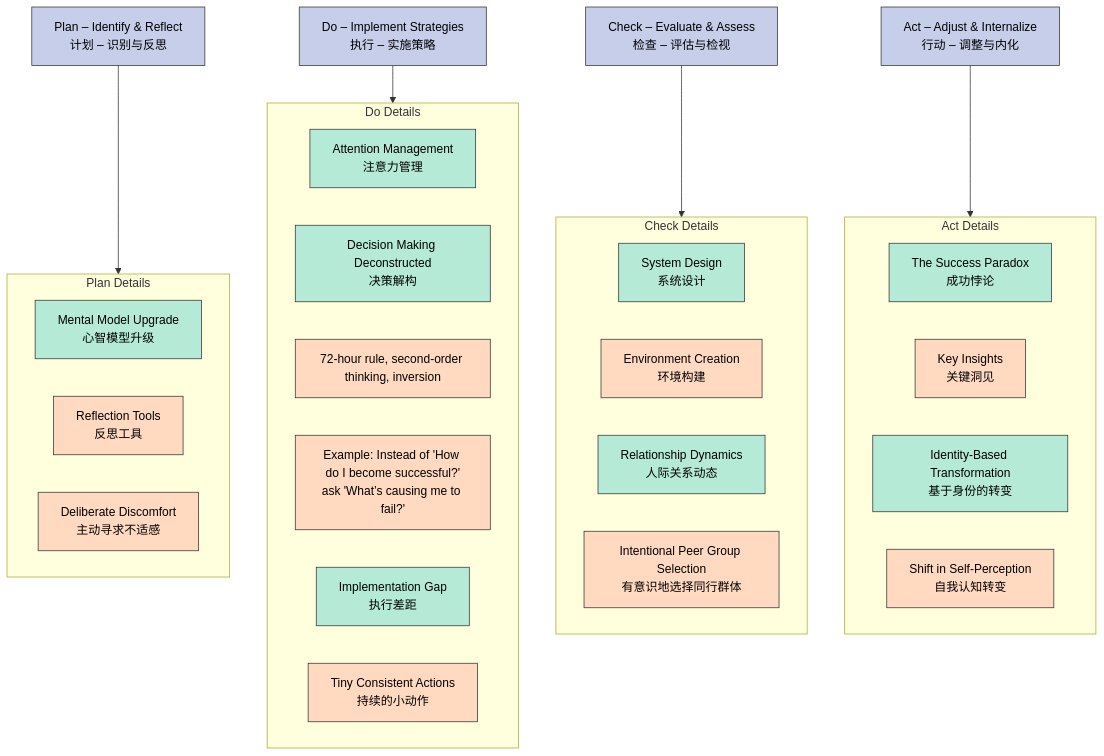
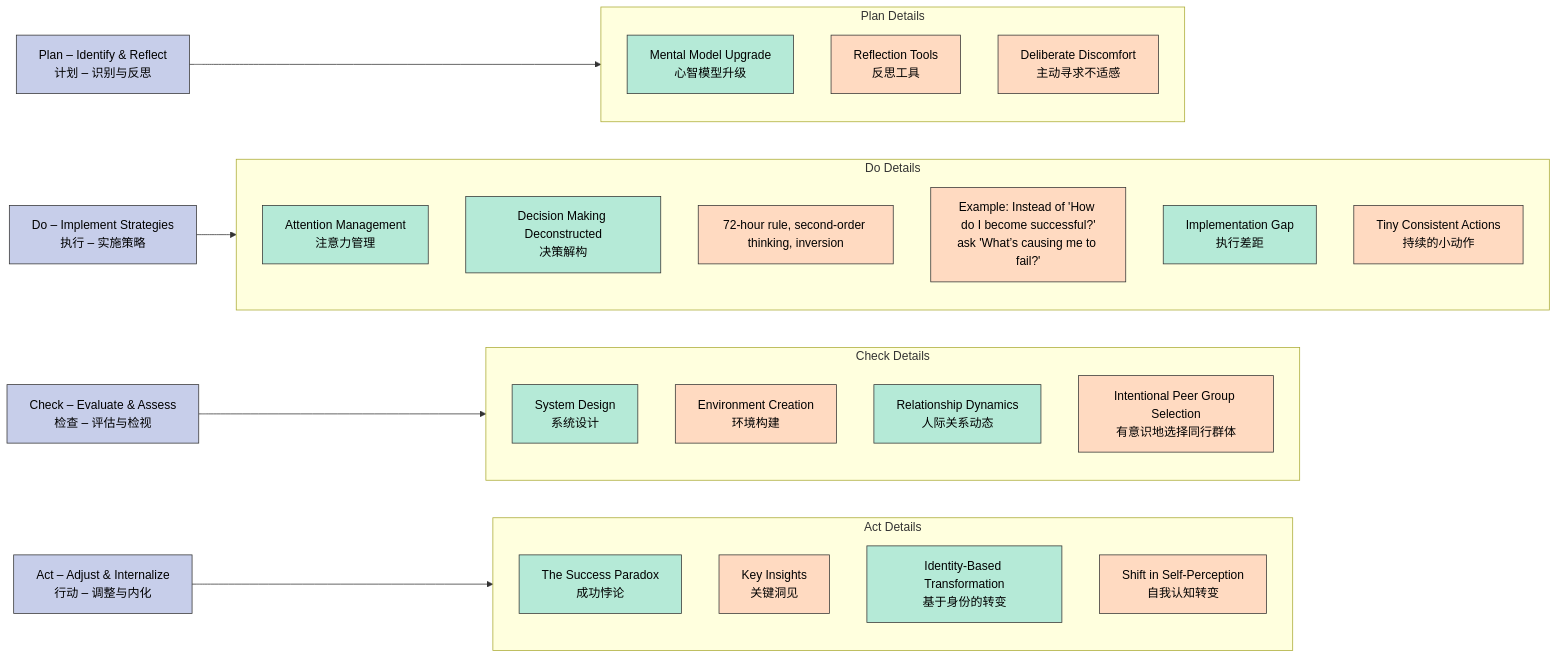
One commit to LixiaEchoTang/Starting-A-Business changed the sixth of 6 diagrams in README.md. Above: the diagram before and after it, drawn with Mermaid.

Commit message:
Edited README.md file

````diff
--- a/README.md
+++ b/README.md
@@ -311,51 +311,51 @@
 ```mermaid
-flowchart TB
+flowchart LR
   classDef level1 fill:#C7CEEA,stroke:#333,stroke-width:1px,color:#000
   classDef level2 fill:#B5EAD7,stroke:#333,stroke-width:1px,color:#000
   classDef level3 fill:#FFDAC1,stroke:#333,stroke-width:1px,color:#000
 
   %% 第一层 (Plan, Do, Check, Act)
   P["Plan – Identify & Reflect<br/>计划 – 识别与反思"]
   D["Do – Implement Strategies<br/>执行 – 实施策略"]
   C["Check – Evaluate & Assess<br/>检查 – 评估与检视"]
   A["Act – Adjust & Internalize<br/>行动 – 调整与内化"]
 
   class P,D,C,A level1
 
   %% subgraph Plan
   subgraph SGPlan[Plan Details]
     M1["Mental Model Upgrade<br/>心智模型升级"]:::level2
     M2["Reflection Tools<br/>反思工具"]:::level3
     M3["Deliberate Discomfort<br/>主动寻求不适感"]:::level3
   end
   P --> SGPlan
 
   %% subgraph Do
   subgraph SGDo[Do Details]
     D1["Attention Management<br/>注意力管理"]:::level2
     D2["Decision Making Deconstructed<br/>决策解构"]:::level2
       D2a["72-hour rule, second-order thinking, inversion"]:::level3
       D2b["Example: Instead of 'How do I become successful?'\nask 'What’s causing me to fail?'"]:::level3
     D3["Implementation Gap<br/>执行差距"]:::level2
       D3a["Tiny Consistent Actions<br/>持续的小动作"]:::level3
   end
   D --> SGDo
 
   %% subgraph Check
   subgraph SGCheck[Check Details]
     C1["System Design<br/>系统设计"]:::level2
       C1a["Environment Creation<br/>环境构建"]:::level3
     C2["Relationship Dynamics<br/>人际关系动态"]:::level2
       C2a["Intentional Peer Group Selection<br/>有意识地选择同行群体"]:::level3
   end
   C --> SGCheck
 
   %% subgraph Act
   subgraph SGAct[Act Details]
     A1["The Success Paradox<br/>成功悖论"]:::level2
       A1a["Key Insights<br/>关键洞见"]:::level3
     A2["Identity-Based Transformation<br/>基于身份的转变"]:::level2
       A2a["Shift in Self-Perception<br/>自我认知转变"]:::level3
   end
   A --> SGAct
 ```
````
